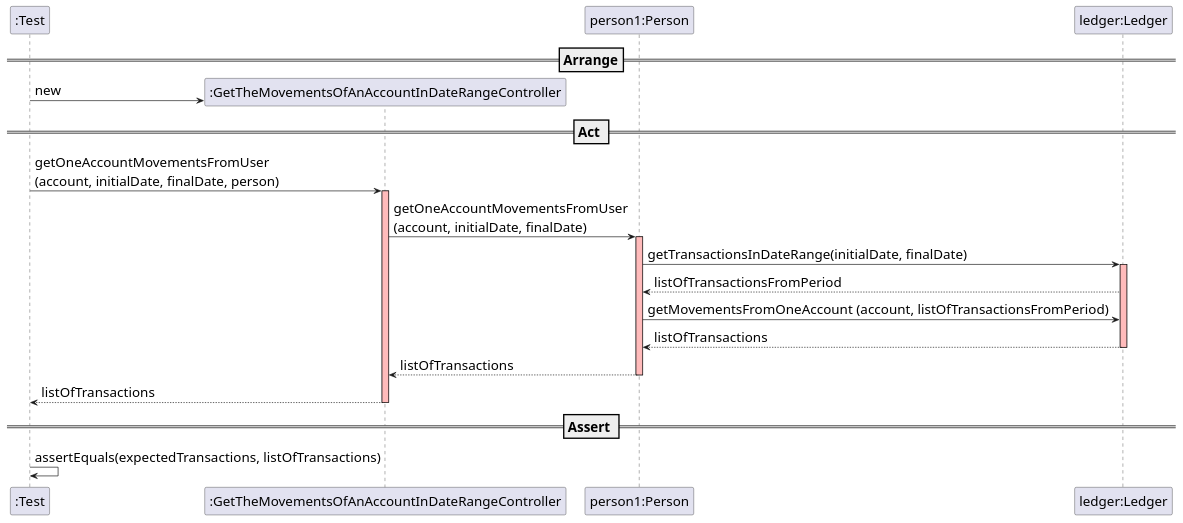
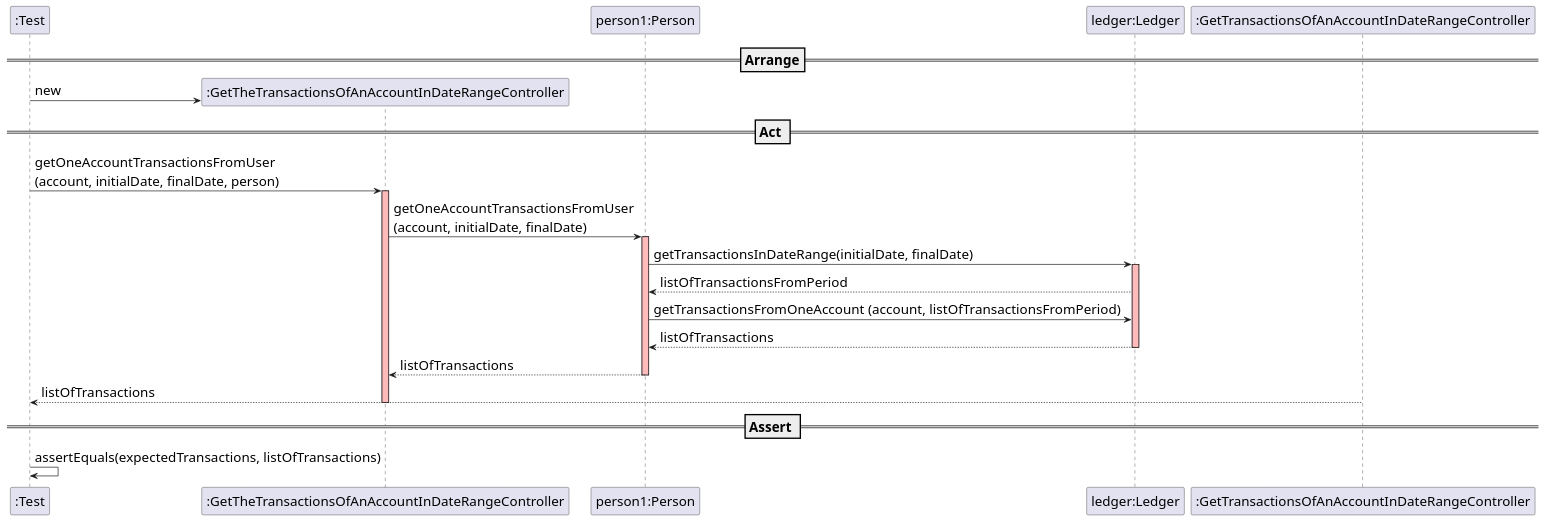
The diagram in docs/SequenceDiagram - US010.1.puml (mleitaoribeiro/DevOpsMaven), drawn with PlantUML before and after one commit. The commit also changed 2 other files, not shown here.

```diff
--- a/docs/SequenceDiagram - US010.1.puml
+++ b/docs/SequenceDiagram - US010.1.puml
@@ -1,42 +1,42 @@
 @startuml
 
 skinparam DefaultFontSize 20
 
 create ":Test"
 
 ==Arrange==
 
-create ":GetTheMovementsOfAnAccountInDateRangeController"
-":Test" -> ":GetTheMovementsOfAnAccountInDateRangeController" : new
+create ":GetTheTransactionsOfAnAccountInDateRangeController"
+":Test" -> ":GetTheTransactionsOfAnAccountInDateRangeController" : new
 
 participant "person1:Person"
 
 participant "ledger:Ledger"
 deactivate "person1:Person" #FFBBBB
-deactivate ":GetTheMovementsOfAnAccountInDateRangeController" #FFBBBB
+deactivate ":GetTransactionsOfAnAccountInDateRangeController" #FFBBBB
 
 == Act ==
 
-":Test" -> ":GetTheMovementsOfAnAccountInDateRangeController" : getOneAccountMovementsFromUser\n(account, initialDate, finalDate, person)
-activate ":GetTheMovementsOfAnAccountInDateRangeController" #FFBBBB
-":GetTheMovementsOfAnAccountInDateRangeController" -> "person1:Person" : getOneAccountMovementsFromUser\n(account, initialDate, finalDate)
+":Test" -> ":GetTheTransactionsOfAnAccountInDateRangeController" : getOneAccountTransactionsFromUser\n(account, initialDate, finalDate, person)
+activate ":GetTheTransactionsOfAnAccountInDateRangeController" #FFBBBB
+":GetTheTransactionsOfAnAccountInDateRangeController" -> "person1:Person" : getOneAccountTransactionsFromUser\n(account, initialDate, finalDate)
 activate "person1:Person" #FFBBBB
 
 
 "person1:Person" -> "ledger:Ledger" : getTransactionsInDateRange(initialDate, finalDate)
 activate "ledger:Ledger" #FFBBBB
 "ledger:Ledger" --> "person1:Person" : listOfTransactionsFromPeriod
 
-"person1:Person" -> "ledger:Ledger" : getMovementsFromOneAccount (account, listOfTransactionsFromPeriod)
+"person1:Person" -> "ledger:Ledger" : getTransactionsFromOneAccount (account, listOfTransactionsFromPeriod)
 "ledger:Ledger" --> "person1:Person" : listOfTransactions
 deactivate "ledger:Ledger" #FFBBBB
-"person1:Person" --> ":GetTheMovementsOfAnAccountInDateRangeController" : listOfTransactions
+"person1:Person" --> ":GetTheTransactionsOfAnAccountInDateRangeController" : listOfTransactions
 deactivate "person1:Person" #FFBBBB
-":GetTheMovementsOfAnAccountInDateRangeController" --> ":Test" : listOfTransactions
-deactivate ":GetTheMovementsOfAnAccountInDateRangeController" #FFBBBB
+":GetTransactionsOfAnAccountInDateRangeController" --> ":Test" : listOfTransactions
+deactivate ":GetTheTransactionsOfAnAccountInDateRangeController" #FFBBBB
 
 == Assert ==
 
 ":Test" -> ":Test" : assertEquals(expectedTransactions, listOfTransactions)
 
 @enduml
```
